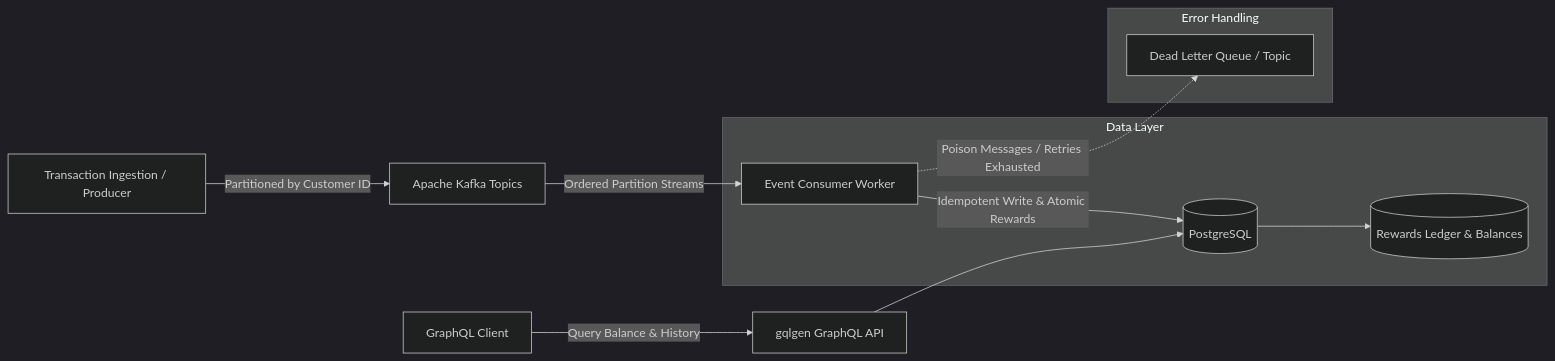
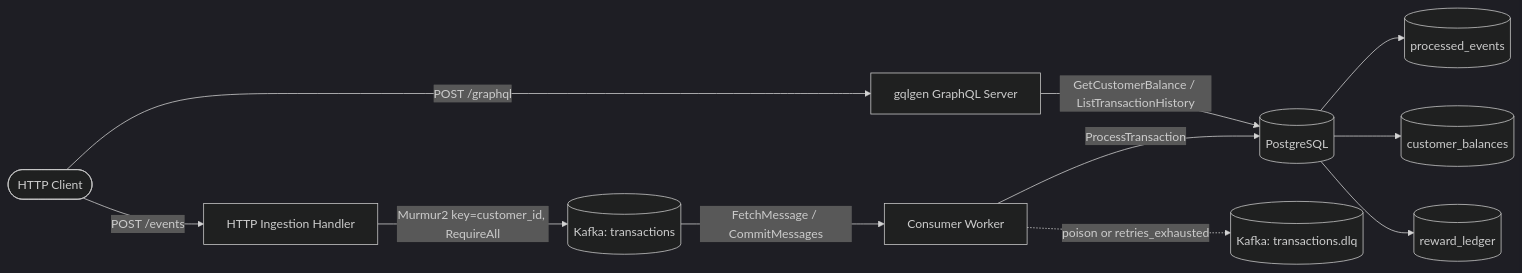
Before and after one commit to sujal-thakur01/eventpulse: the diagram in README.md, drawn with Mermaid (dark theme). The commit also changed other lines of this file, not shown here.

````diff
--- a/README.md
+++ b/README.md
@@ -7,17 +16,16 @@
 ```mermaid
 flowchart LR
-    Producer[Transaction Ingestion / Producer] -->|Partitioned by Customer ID| Kafka[Apache Kafka Topics]
-    Kafka -->|Ordered Partition Streams| Consumer[Event Consumer Worker]
-    
-    subgraph Data Layer
-        Consumer -->|Idempotent Write & Atomic Rewards| Postgres[(PostgreSQL)]
-        Postgres --> Ledger[(Rewards Ledger & Balances)]
-    end
+    Client([HTTP Client]) -->|POST /events| Ingest[HTTP Ingestion Handler]
+    Client -->|POST /graphql| GQL[gqlgen GraphQL Server]
 
-    subgraph Error Handling
-        Consumer -.->|Poison Messages / Retries Exhausted| DLQ[Dead Letter Queue / Topic]
-    end
+    Ingest -->|Murmur2 key=customer_id, RequireAll| Kafka[(Kafka: transactions)]
+    Kafka -->|FetchMessage / CommitMessages| Worker[Consumer Worker]
 
-    Client[GraphQL Client] -->|Query Balance & History| API[gqlgen GraphQL API]
-    API --> Postgres
+    Worker -->|ProcessTransaction| PG[(PostgreSQL)]
+    PG --> Events[(processed_events)]
+    PG --> Balances[(customer_balances)]
+    PG --> Ledger[(reward_ledger)]
+
+    Worker -.->|poison or retries_exhausted| DLQ[(Kafka: transactions.dlq)]
+    GQL -->|GetCustomerBalance / ListTransactionHistory| PG
 ```
````
